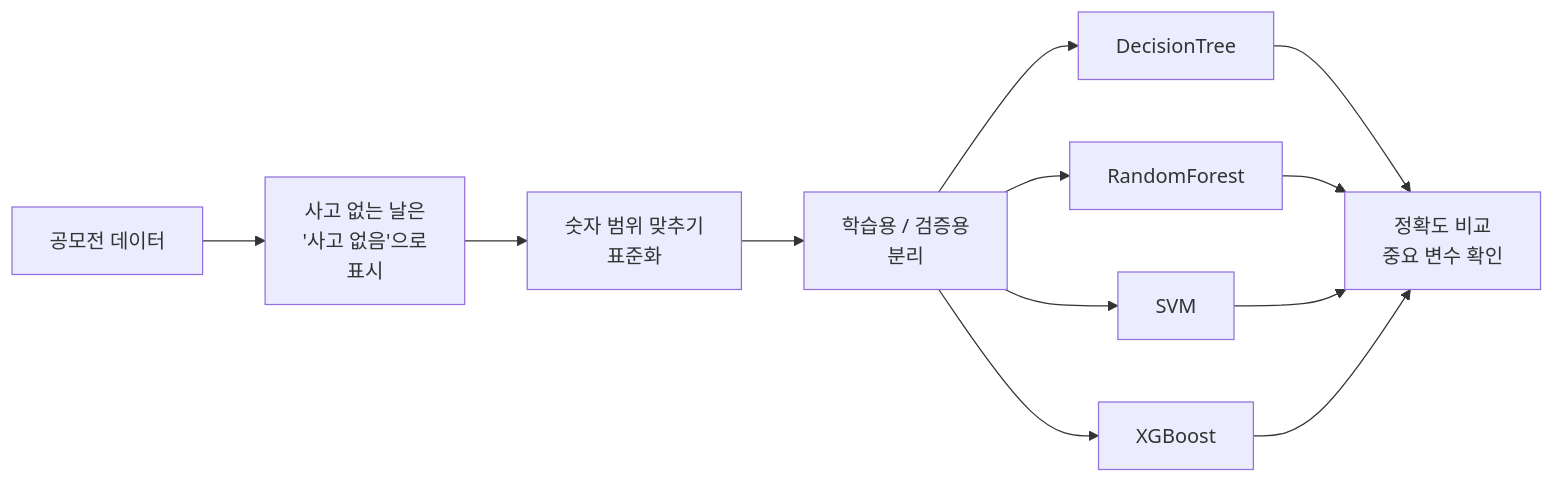
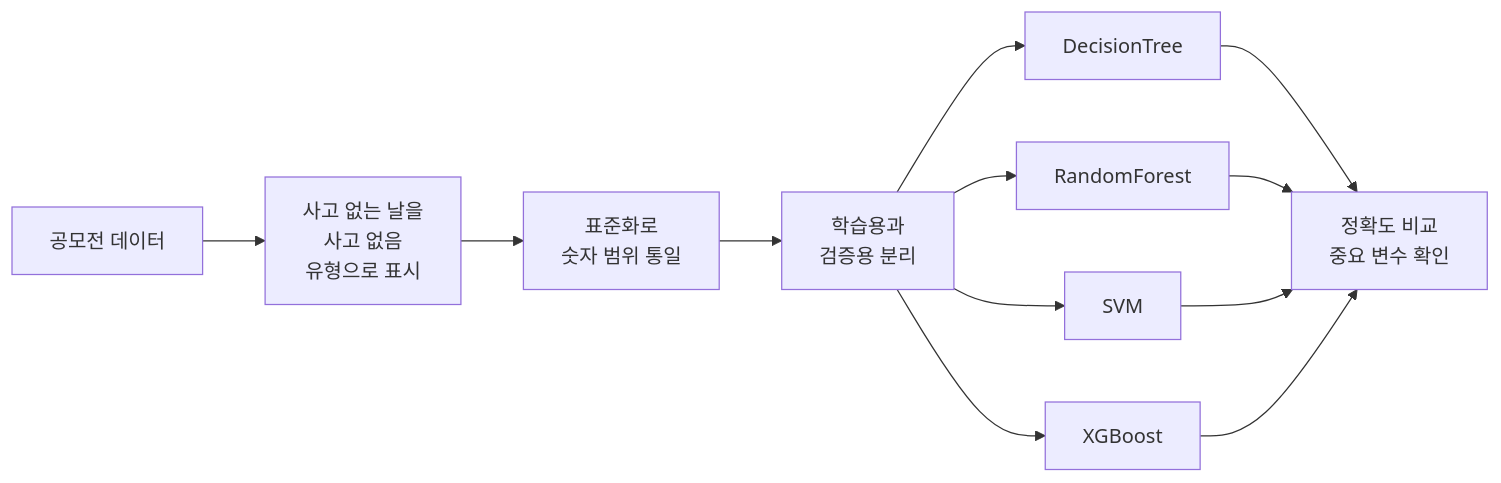
The diagram in 소방안전공모전/README.md (mjk022/portfolio), drawn with Mermaid before and after one commit. The commit also changed 7 other files, not shown here.

Commit message:
README 다이어그램 라벨을 GitHub에서 줄바꿈되지 않는 폭으로 다시 정리

````diff
--- a/소방안전공모전/README.md
+++ b/소방안전공모전/README.md
@@ -45,11 +45,11 @@
 ```mermaid
 flowchart LR
-    A[공모전 데이터] --> B[사고 없는 날은<br/>'사고 없음'으로<br/>표시]
-    B --> C[숫자 범위 맞추기<br/>표준화]
-    C --> D[학습용 / 검증용<br/>분리]
+    A[공모전 데이터] --> B[사고 없는 날을<br/>사고 없음<br/>유형으로 표시]
+    B --> C[표준화로<br/>숫자 범위 통일]
+    C --> D[학습용과<br/>검증용 분리]
     D --> F1[DecisionTree]
     D --> F2[RandomForest]
     D --> F3[SVM]
     D --> F4[XGBoost]
     F1 & F2 & F3 & F4 --> G[정확도 비교<br/>중요 변수 확인]
 ```
````
